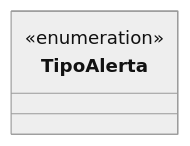
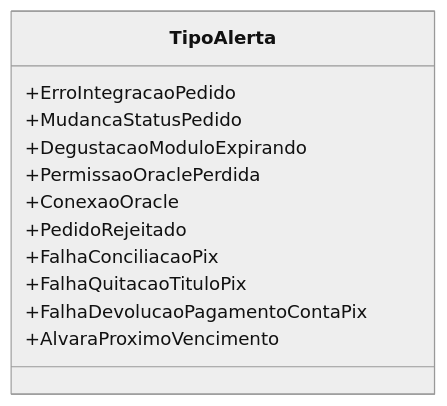
The diagram in docs/b2b-dominio/IsthmusWinthor.Nucleo/IsthmusWinthor.Dominio/Enumeradores/TipoAlerta.md (IsthmusSistemas/documentacao-tecnica), drawn with Mermaid (neutral theme) before and after one commit. The commit also changed other lines of this file and 882 other files, not shown here.

````diff
--- a/docs/b2b-dominio/IsthmusWinthor.Nucleo/IsthmusWinthor.Dominio/Enumeradores/TipoAlerta.md
+++ b/docs/b2b-dominio/IsthmusWinthor.Nucleo/IsthmusWinthor.Dominio/Enumeradores/TipoAlerta.md
@@ -22,6 +22,15 @@
 ```mermaid
 classDiagram
     class TipoAlerta {
-        <<enumeration>>
+        +ErroIntegracaoPedido
+        +MudancaStatusPedido
+        +DegustacaoModuloExpirando
+        +PermissaoOraclePerdida
+        +ConexaoOracle
+        +PedidoRejeitado
+        +FalhaConciliacaoPix
+        +FalhaQuitacaoTituloPix
+        +FalhaDevolucaoPagamentoContaPix
+        +AlvaraProximoVencimento
     }
-``` 
+```
````
